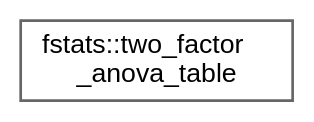
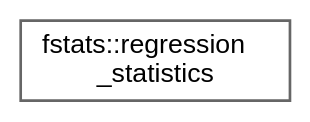
The diagram in inherit_graph_29.dot (jchristopherson/fstats), drawn with Graphviz before and after one commit. The commit also changed 163 other files, not shown here.

```diff
--- a/inherit_graph_29.dot
+++ b/inherit_graph_29.dot
@@ -1,9 +1,9 @@
 digraph "Graphical Class Hierarchy"
 {
  // LATEX_PDF_SIZE
   bgcolor="transparent";
   edge [fontname=Helvetica,fontsize=10,labelfontname=Helvetica,labelfontsize=10];
   node [fontname=Helvetica,fontsize=10,shape=box,height=0.2,width=0.4];
   rankdir="LR";
-  Node0 [label="fstats::two_factor\l_anova_table",height=0.2,width=0.4,color="grey40", fillcolor="white", style="filled",URL="$structfstats_1_1two__factor__anova__table.html",tooltip="Defines a two-factor ANOVA results table."];
+  Node0 [label="fstats::regression\l_statistics",height=0.2,width=0.4,color="grey40", fillcolor="white", style="filled",URL="$structfstats_1_1regression__statistics.html",tooltip="A container for regression-related statistical information."];
 }
```
